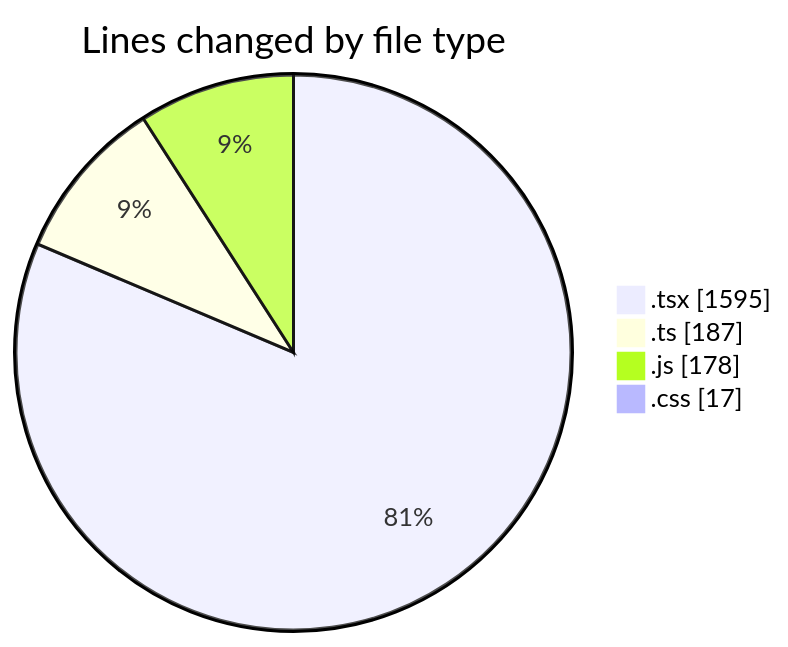
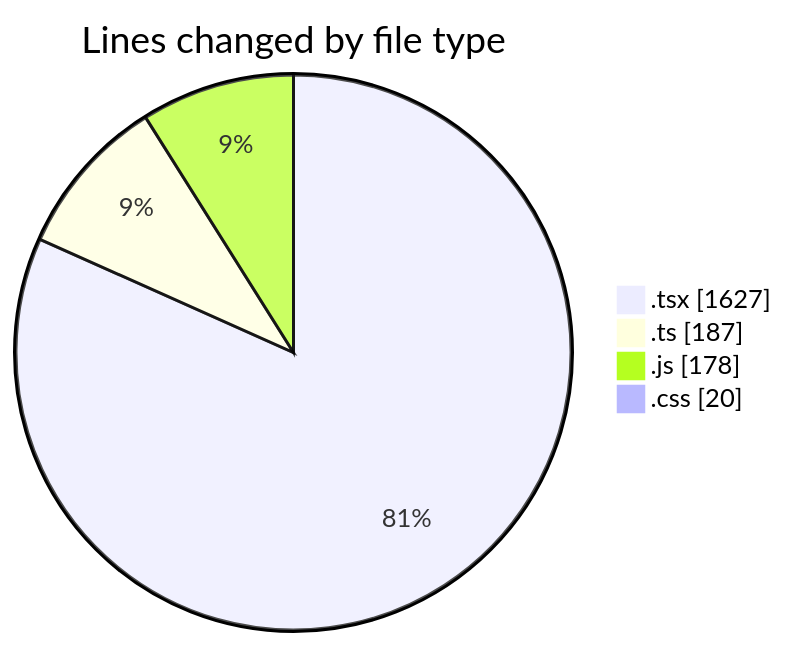
Before and after one commit to robertbonfada/code-tracking: the first of 2 diagrams in 2025-02-03/mbc-web/README.md, drawn with Mermaid. The commit also changed other lines of this file and 1 other file, not shown here.

````diff
--- a/2025-02-03/mbc-web/README.md
+++ b/2025-02-03/mbc-web/README.md
@@ -29,8 +30,8 @@
 ```mermaid
 pie showData
 title Lines changed by file type
-".tsx" : 1595
+".tsx" : 1627
 ".ts" : 187
 ".js" : 178
-".css" : 17
+".css" : 20
 ```
````
